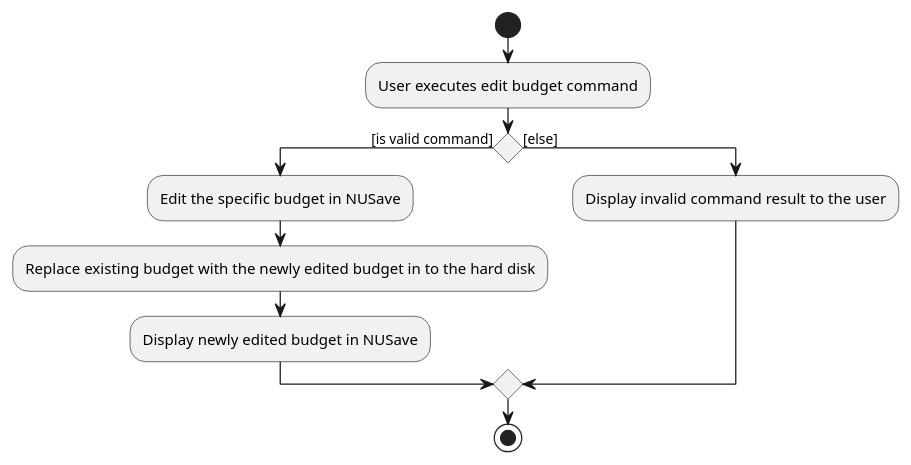
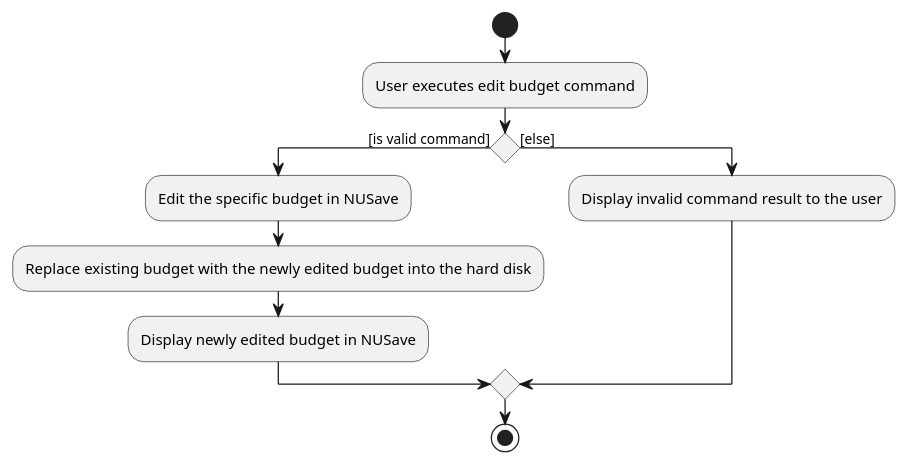
One commit to yu-ming-chen/tp changed the diagram in docs/diagrams/commandsPlantUML/EditBudgetCommandActivity.puml. Above: the diagram before and after it, drawn with PlantUML. The commit also changed 8 other files, not shown here.

Commit message:
Fix diagrams

```diff
--- a/docs/diagrams/commandsPlantUML/EditBudgetCommandActivity.puml
+++ b/docs/diagrams/commandsPlantUML/EditBudgetCommandActivity.puml
@@ -1,16 +1,16 @@
 @startuml
 start
 :User executes edit budget command;
 
 'Since the beta syntax does not support placing the condition outside the
 'diamond we place it as the true branch instead.
 
 if () then ([is valid command])
     :Edit the specific budget in NUSave;
-    :Replace existing budget with the newly edited budget in to the hard disk;
+    :Replace existing budget with the newly edited budget into the hard disk;
     :Display newly edited budget in NUSave;
 else ([else])
 :Display invalid command result to the user;
 endif
 stop
 @enduml
```
